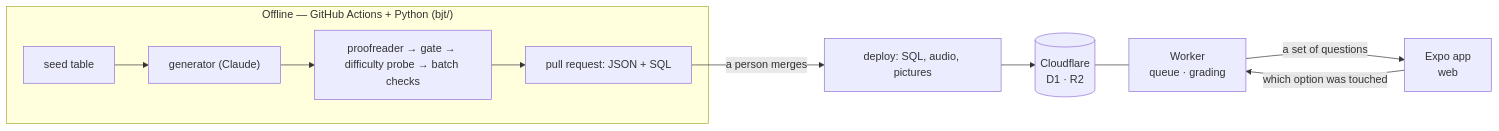
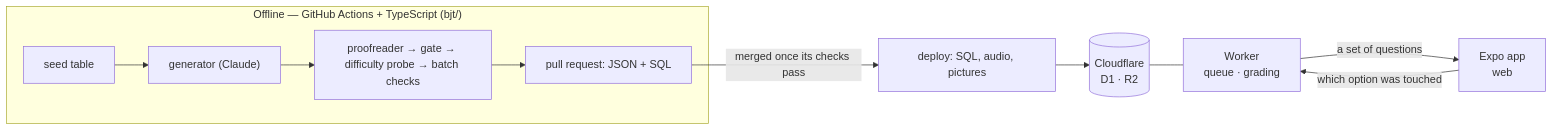
The first of 2 diagrams in README.md (ZacharyTStone/business-japanese-test-practice), drawn with Mermaid before and after one commit. The commit also changed other lines of this file and 20 other files, not shown here.

First line of the commit message:
Point the docs at the TypeScript pipeline

````diff
--- a/README.md
+++ b/README.md
@@ -70,13 +70,13 @@
 ```mermaid
 flowchart LR
-    subgraph offline["Offline — GitHub Actions + Python (bjt/)"]
+    subgraph offline["Offline — GitHub Actions + TypeScript (bjt/)"]
         ST["seed table"] --> GEN["generator (Claude)"]
         GEN --> CHK["proofreader → gate → difficulty probe → batch checks"]
         CHK --> PR["pull request: JSON + SQL"]
     end
-    PR -->|"a person merges"| DEP["deploy: SQL, audio, pictures"]
+    PR -->|"merged once its checks pass"| DEP["deploy: SQL, audio, pictures"]
     DEP --> DB[("Cloudflare<br/>D1 · R2")]
     DB --- W["Worker<br/>queue · grading"]
     W -->|"a set of questions"| APP["Expo app<br/>web"]
     APP -->|"which option was touched"| W
 ```
````
